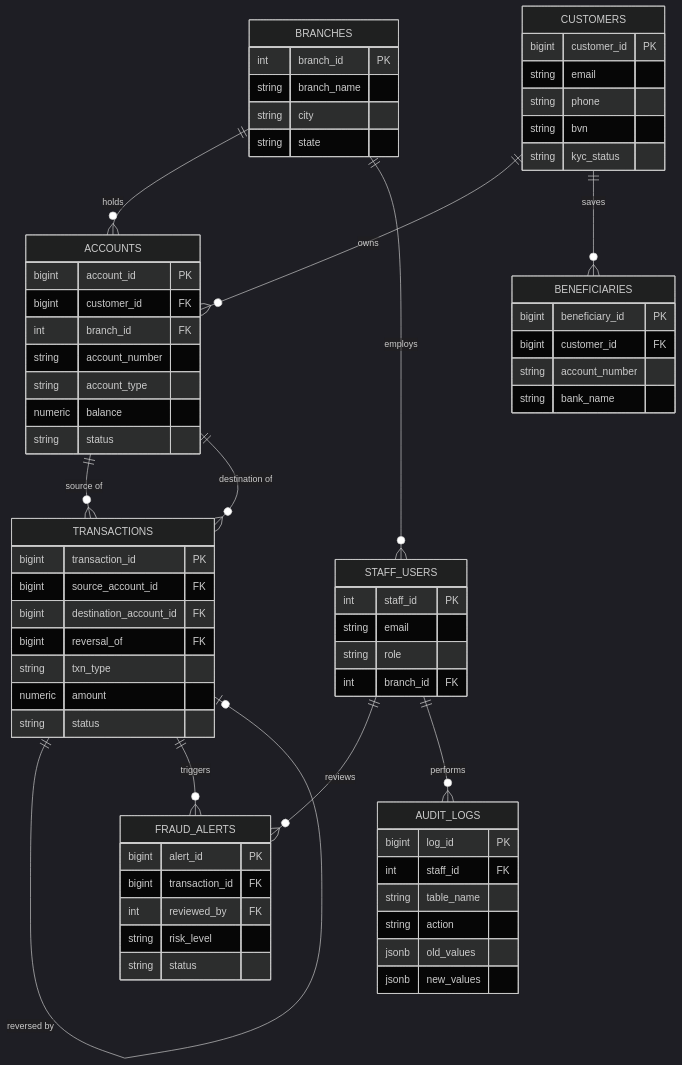
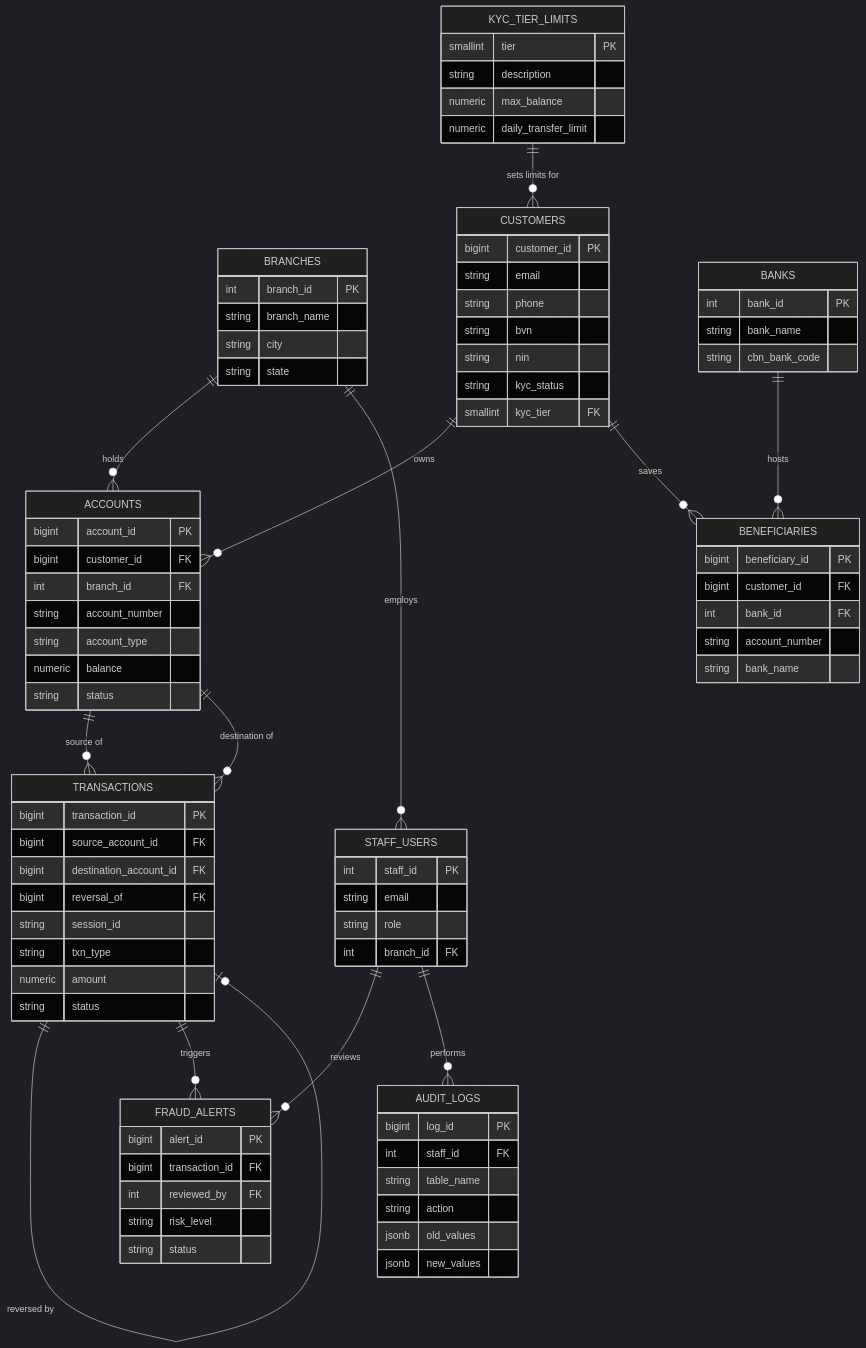
Before and after one commit to Memek-Saviour/advanced-database-portfolio: the diagram in portfolio-1-database-design/er-diagram.md, drawn with Mermaid (dark theme).

Commit message:
Update ER diagram with Nigerian banking extensions

```diff
--- a/portfolio-1-database-design/er-diagram.md
+++ b/portfolio-1-database-design/er-diagram.md
@@ -6,6 +6,8 @@
     BRANCHES ||--o{ STAFF_USERS : employs
     CUSTOMERS ||--o{ ACCOUNTS : owns
     CUSTOMERS ||--o{ BENEFICIARIES : saves
+    KYC_TIER_LIMITS ||--o{ CUSTOMERS : "sets limits for"
+    BANKS ||--o{ BENEFICIARIES : hosts
     ACCOUNTS ||--o{ TRANSACTIONS : "source of"
     ACCOUNTS ||--o{ TRANSACTIONS : "destination of"
     TRANSACTIONS ||--o| TRANSACTIONS : "reversed by"
@@ -24,7 +26,20 @@
         string email
         string phone
         string bvn
+        string nin
         string kyc_status
+        smallint kyc_tier FK
+    }
+    KYC_TIER_LIMITS {
+        smallint tier PK
+        string description
+        numeric max_balance
+        numeric daily_transfer_limit
+    }
+    BANKS {
+        int bank_id PK
+        string bank_name
+        string cbn_bank_code
     }
     STAFF_USERS {
         int staff_id PK
@@ -44,6 +59,7 @@
     BENEFICIARIES {
         bigint beneficiary_id PK
         bigint customer_id FK
+        int bank_id FK
         string account_number
         string bank_name
     }
@@ -52,6 +68,7 @@
         bigint source_account_id FK
         bigint destination_account_id FK
         bigint reversal_of FK
+        string session_id
         string txn_type
         numeric amount
         string status
```
